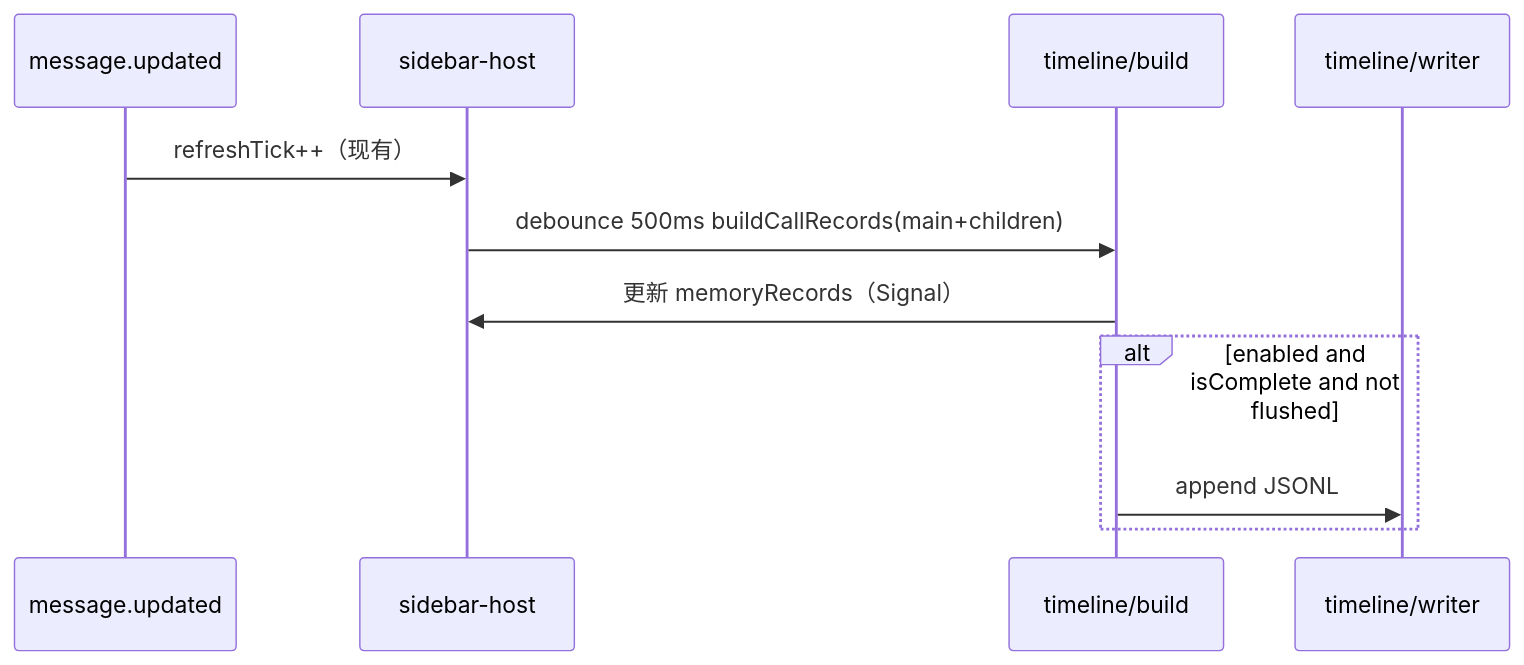
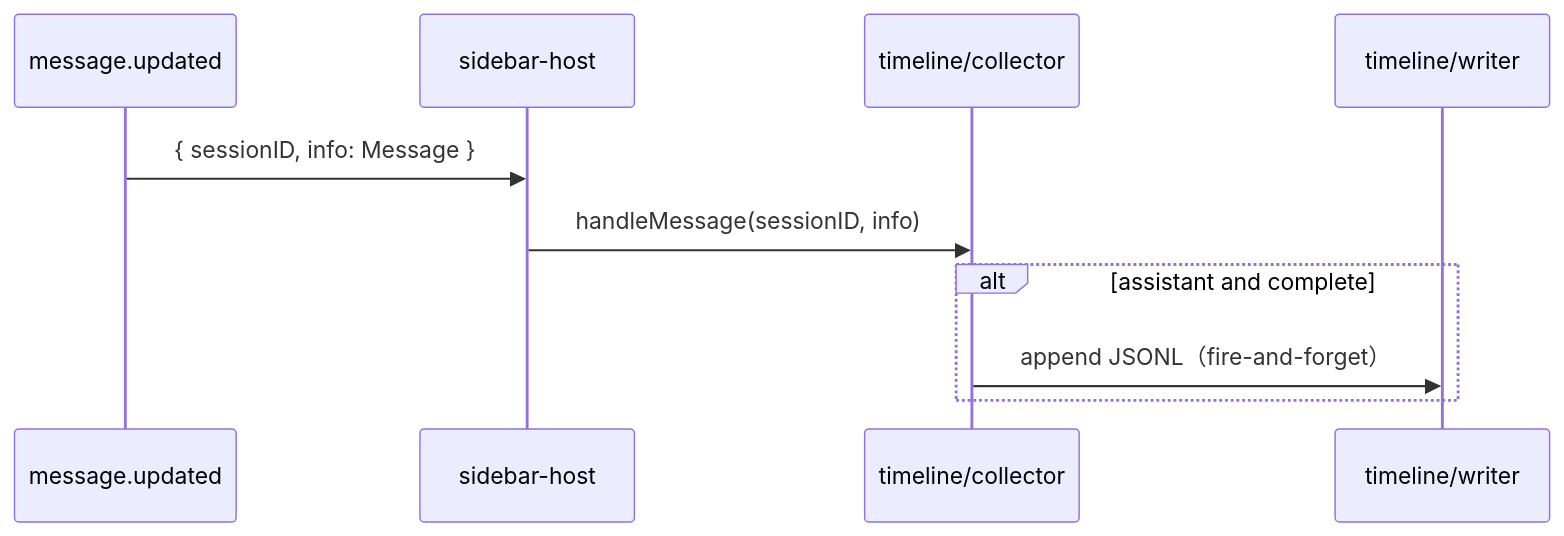
Before and after one commit to joaomj/opencode-cache-hit-plugin: the second of 2 diagrams in docs/zh-CN/timeline.md, drawn with Mermaid. The commit also changed other lines of this file and 13 other files, not shown here.

First line of the commit message:
refactor: event-driven timeline collector, eliminate polling and dedup

````diff
--- a/docs/zh-CN/timeline.md
+++ b/docs/zh-CN/timeline.md
@@ -204,14 +204,13 @@
 ```mermaid
 sequenceDiagram
   participant E as message.updated
   participant H as sidebar-host
-  participant B as timeline/build
+  participant C as timeline/collector
   participant W as timeline/writer
 
-  E->>H: refreshTick++（现有）
-  H->>B: debounce 500ms buildCallRecords(main+children)
-  B->>H: 更新 memoryRecords（Signal）
-  alt enabled and isComplete and not flushed
-    B->>W: append JSONL
+  E->>H: { sessionID, info: Message }
+  H->>C: handleMessage(sessionID, info)
+  alt assistant and complete
+    C->>W: append JSONL（fire-and-forget）
   end
 ```
````
